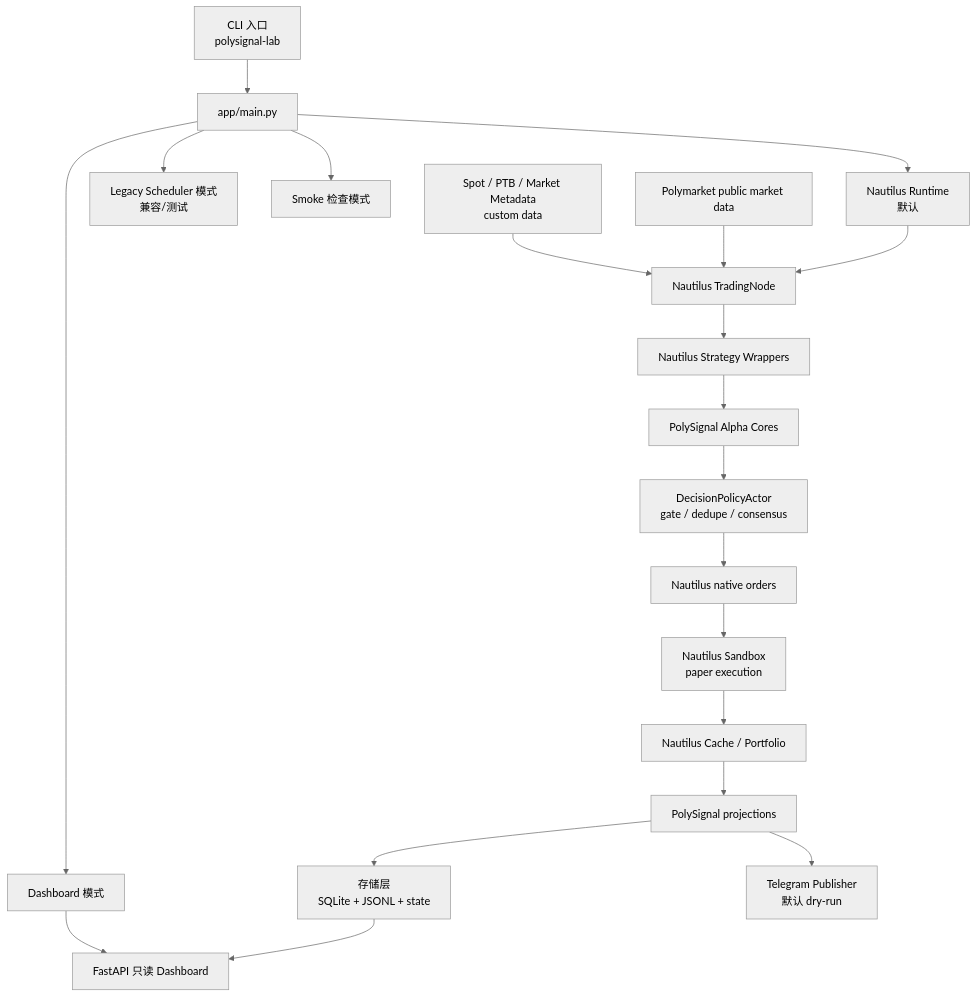
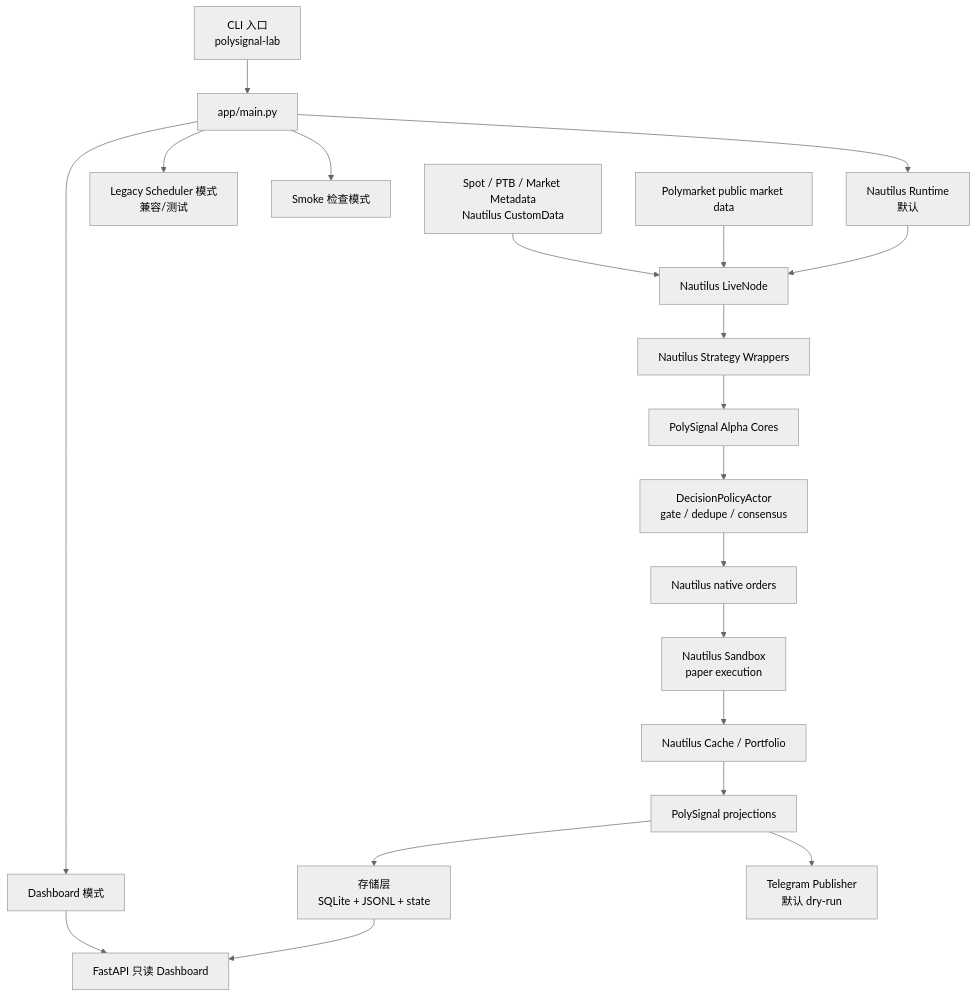
The first of 7 diagrams in docs/PROJECT_ARCHITECTURE_VISUAL.md (6Kmfi6HP/polysignal-lab), drawn with Mermaid (neutral theme) before and after one commit. The commit also changed other lines of this file and 5 other files, not shown here.

````diff
--- a/docs/PROJECT_ARCHITECTURE_VISUAL.md
+++ b/docs/PROJECT_ARCHITECTURE_VISUAL.md
@@ -12,26 +12,26 @@
 ```mermaid
 flowchart TB
   CLI["CLI 入口<br/>polysignal-lab"] --> Main["app/main.py"]
 
   Main --> Nautilus["Nautilus Runtime<br/>默认"]
   Main --> Scheduler["Legacy Scheduler 模式<br/>兼容/测试"]
   Main --> Dashboard["Dashboard 模式"]
   Main --> Smoke["Smoke 检查模式"]
 
-  Nautilus --> TN["Nautilus TradingNode"]
+  Nautilus --> TN["Nautilus LiveNode"]
   PM["Polymarket public market data"] --> TN
-  Sidecar["Spot / PTB / Market Metadata<br/>custom data"] --> TN
+  CustomData["Spot / PTB / Market Metadata<br/>Nautilus CustomData"] --> TN
 
   TN --> Strategies["Nautilus Strategy Wrappers"]
   Strategies --> Alpha["PolySignal Alpha Cores"]
   Alpha --> Policy["DecisionPolicyActor<br/>gate / dedupe / consensus"]
   Policy --> Orders["Nautilus native orders"]
   Orders --> Sandbox["Nautilus Sandbox<br/>paper execution"]
   Sandbox --> Cache["Nautilus Cache / Portfolio"]
 
   Cache --> Projection["PolySignal projections"]
   Projection --> Store["存储层<br/>SQLite + JSONL + state"]
   Projection --> Telegram["Telegram Publisher<br/>默认 dry-run"]
   Store --> DashboardApp["FastAPI 只读 Dashboard"]
   Dashboard --> DashboardApp
 ```
````
